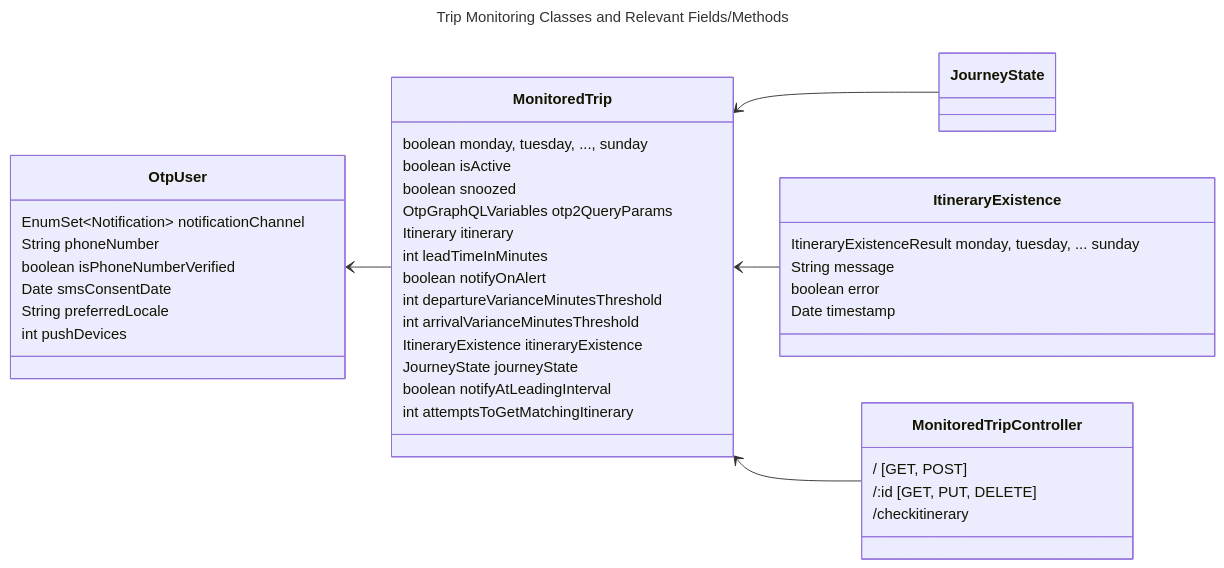
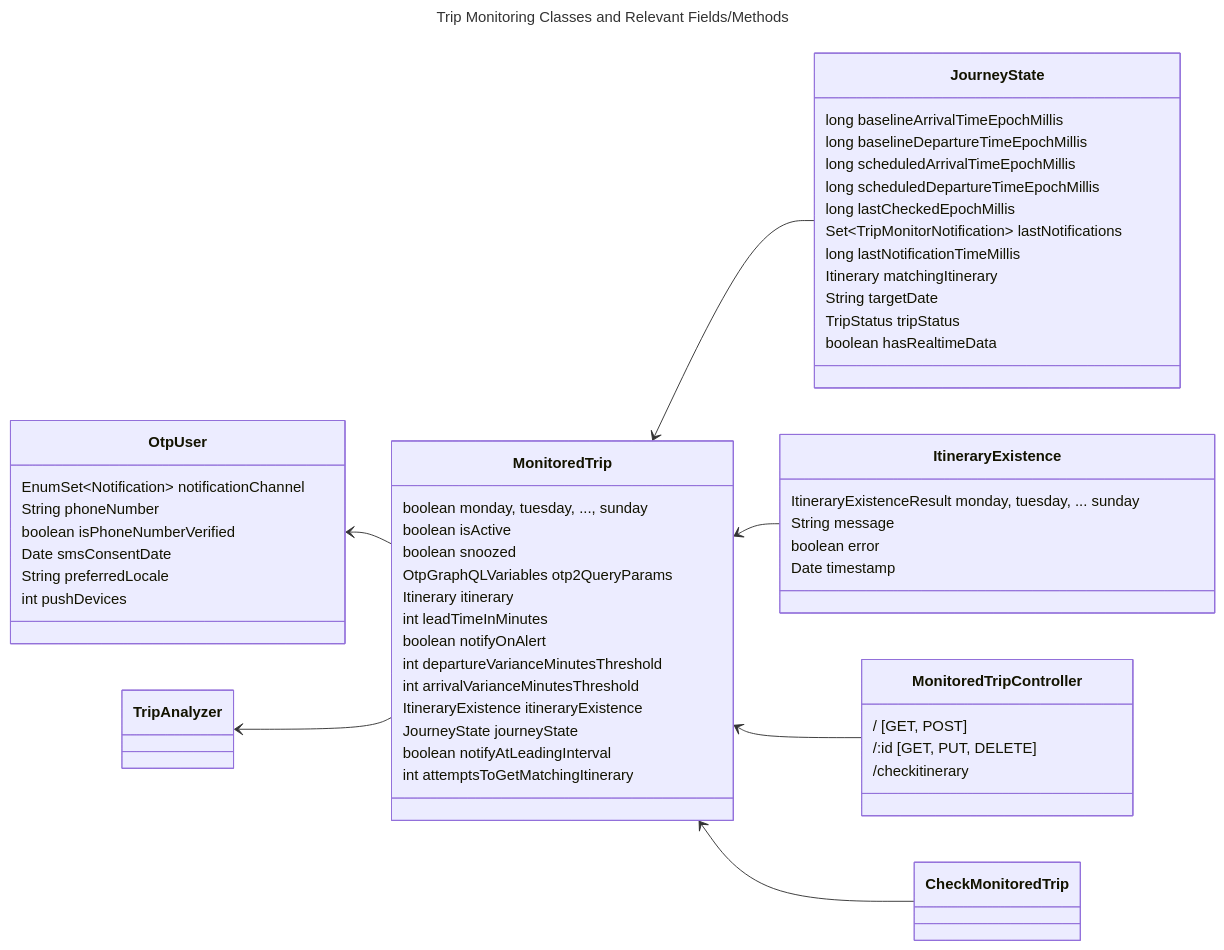
The first of 3 diagrams in docs/trip-monitoring.md (ibi-group/otp-middleware), drawn with Mermaid before and after one commit. The commit also changed other lines of this file, not shown here.

Commit message:
docs(trip-monitoring): Add JourneyState class.

````diff
--- a/docs/trip-monitoring.md
+++ b/docs/trip-monitoring.md
@@ -16,49 +16,61 @@
 ```mermaid
 ---
 title: Trip Monitoring Classes and Relevant Fields/Methods
 ---
 classDiagram
     direction RL
     class OtpUser {
         EnumSet~Notification~ notificationChannel
         String phoneNumber
         boolean isPhoneNumberVerified
         Date smsConsentDate
         String preferredLocale
         int pushDevices
     }
     class MonitoredTrip {
         boolean monday, tuesday, ..., sunday
         boolean isActive
         boolean snoozed
         OtpGraphQLVariables otp2QueryParams
         Itinerary itinerary
         int leadTimeInMinutes
         boolean notifyOnAlert
         int departureVarianceMinutesThreshold
         int arrivalVarianceMinutesThreshold
         ItineraryExistence itineraryExistence
         JourneyState journeyState
         boolean notifyAtLeadingInterval
         int attemptsToGetMatchingItinerary
     }
     class JourneyState {
-
+        long baselineArrivalTimeEpochMillis
+        long baselineDepartureTimeEpochMillis
+        long scheduledArrivalTimeEpochMillis
+        long scheduledDepartureTimeEpochMillis
+        long lastCheckedEpochMillis
+        Set~TripMonitorNotification~ lastNotifications
+        long lastNotificationTimeMillis
+        Itinerary matchingItinerary
+        String targetDate
+        TripStatus tripStatus
+        boolean hasRealtimeData
     }
     class ItineraryExistence {
         ItineraryExistenceResult monday, tuesday, ... sunday
         String message
         boolean error
         Date timestamp
     }
     class MonitoredTripController {
         / [GET, POST]
         /:id [GET, PUT, DELETE]
         /checkitinerary
     }
     MonitoredTrip --> OtpUser
+    MonitoredTrip --> TripAnalyzer
     JourneyState --> MonitoredTrip
     ItineraryExistence --> MonitoredTrip
     MonitoredTripController --> MonitoredTrip
+    CheckMonitoredTrip --> MonitoredTrip
 
 ```
````
